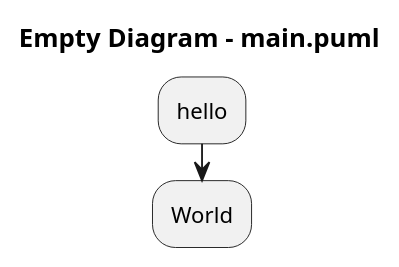
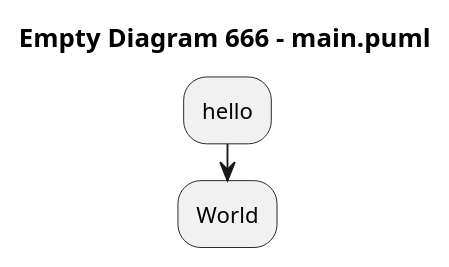
The diagram in main.puml (arwenvaughan/test1), drawn with PlantUML before and after one commit.

Commit message:
PlantText Commit: 666.

```diff
--- a/main.puml
+++ b/main.puml
@@ -1,7 +1,7 @@
 @startuml
 
-title Empty Diagram - main.puml
+title Empty Diagram 666 - main.puml
 :hello;
 :World;
 
 @enduml
```
